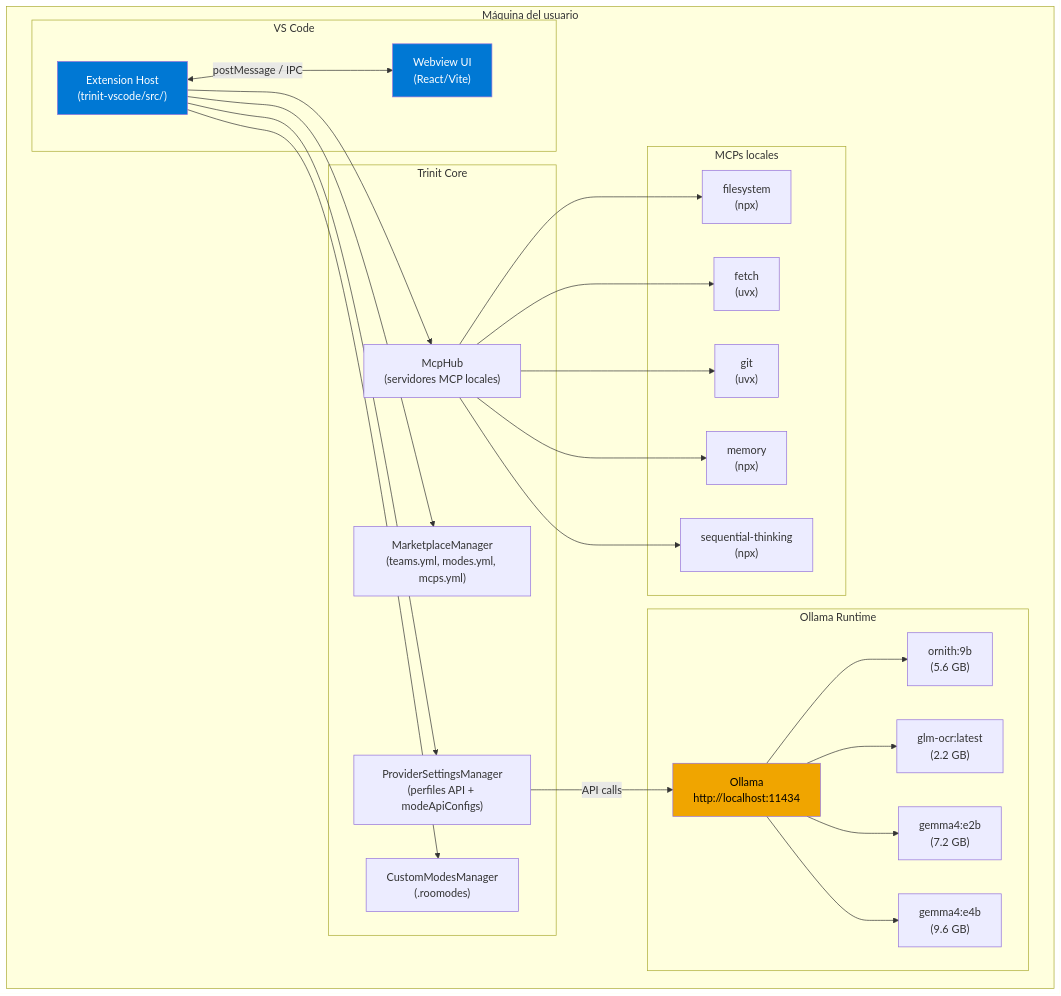
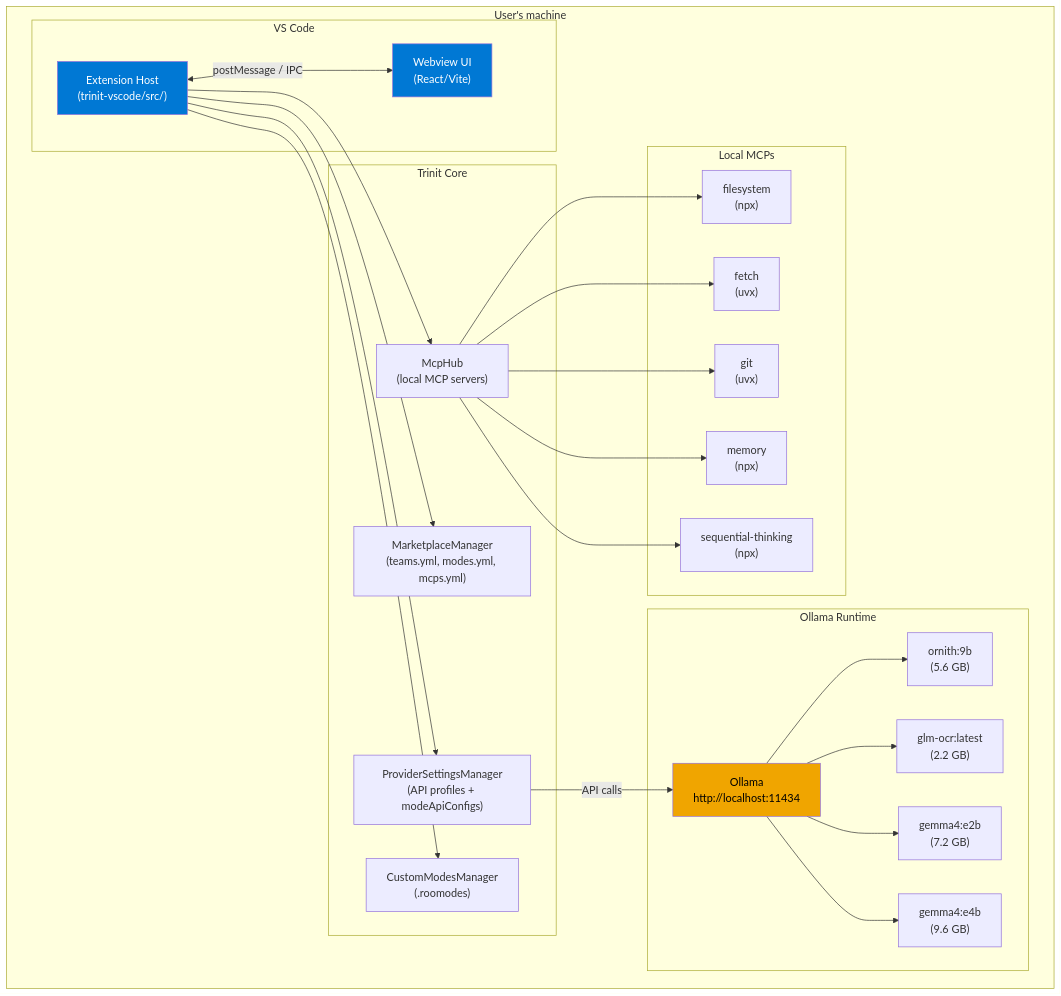
One commit to Danelaton/trinit changed the first of 3 diagrams in dev/docs/01-architecture.md. Above: the diagram before and after it, drawn with Mermaid. The commit also changed other lines of this file and 8 other files, not shown here.

````diff
--- a/dev/docs/01-architecture.md
+++ b/dev/docs/01-architecture.md
@@ -50,52 +50,52 @@
 ```mermaid
 graph TB
-    subgraph "Máquina del usuario"
+    subgraph "User's machine"
         subgraph "VS Code"
             EXT["Extension Host\n(trinit-vscode/src/)"]
             WV["Webview UI\n(React/Vite)"]
             EXT <-->|"postMessage / IPC"| WV
         end
 
         subgraph "Trinit Core"
-            PSM["ProviderSettingsManager\n(perfiles API + modeApiConfigs)"]
+            PSM["ProviderSettingsManager\n(API profiles + modeApiConfigs)"]
             MM["MarketplaceManager\n(teams.yml, modes.yml, mcps.yml)"]
-            MCPHub["McpHub\n(servidores MCP locales)"]
+            MCPHub["McpHub\n(local MCP servers)"]
             CM["CustomModesManager\n(.roomodes)"]
         end
 
         subgraph "Ollama Runtime"
             OL["Ollama\nhttp://localhost:11434"]
             M1["ornith:9b\n(5.6 GB)"]
             M2["glm-ocr:latest\n(2.2 GB)"]
             M3["gemma4:e2b\n(7.2 GB)"]
             M4["gemma4:e4b\n(9.6 GB)"]
             OL --> M1
             OL --> M2
             OL --> M3
             OL --> M4
         end
 
-        subgraph "MCPs locales"
+        subgraph "Local MCPs"
             MFS["filesystem\n(npx)"]
             MFETCH["fetch\n(uvx)"]
             MGIT["git\n(uvx)"]
             MMEM["memory\n(npx)"]
             MST["sequential-thinking\n(npx)"]
         end
 
         EXT --> PSM
         EXT --> MM
         EXT --> MCPHub
         EXT --> CM
         PSM -->|"API calls"| OL
         MCPHub --> MFS
         MCPHub --> MFETCH
         MCPHub --> MGIT
         MCPHub --> MMEM
         MCPHub --> MST
     end
 
     style OL fill:#f0a500,color:#000
     style EXT fill:#0078d4,color:#fff
     style WV fill:#0078d4,color:#fff
 ```
````
